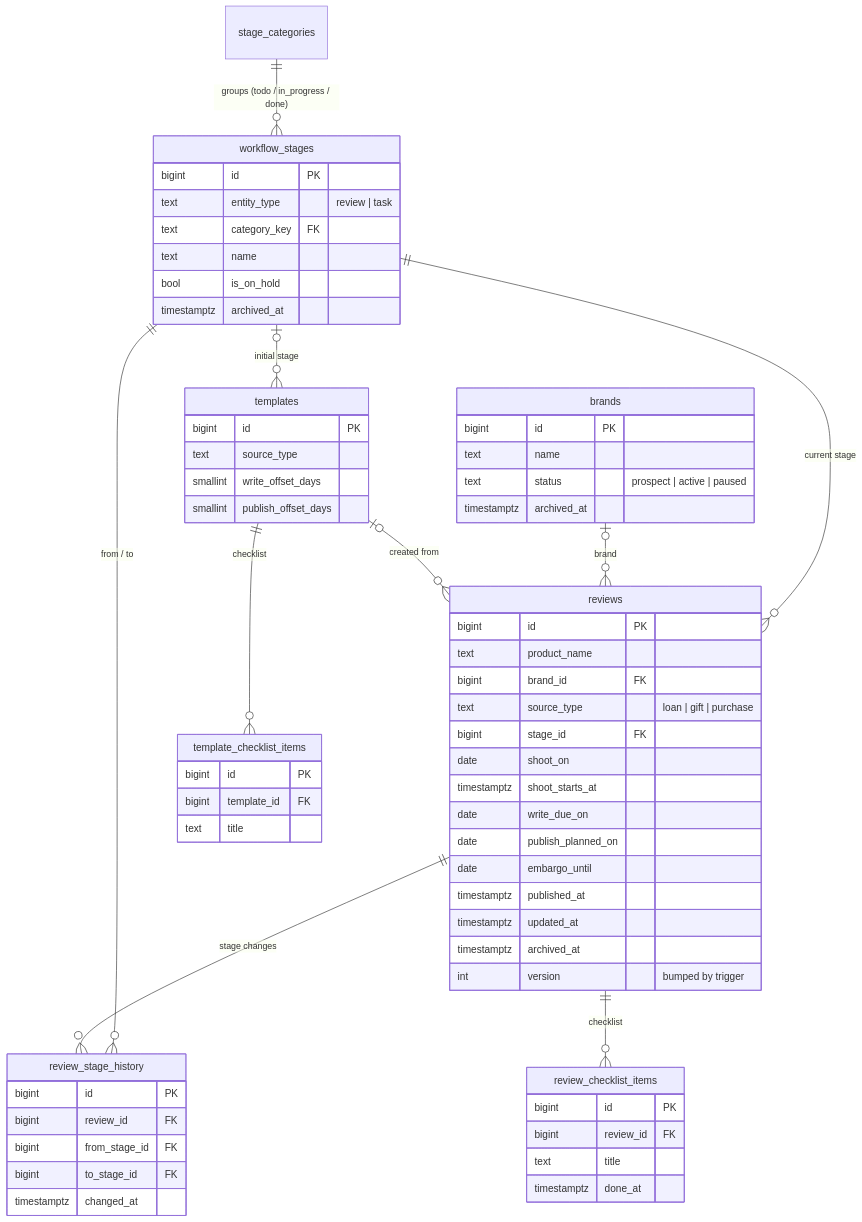
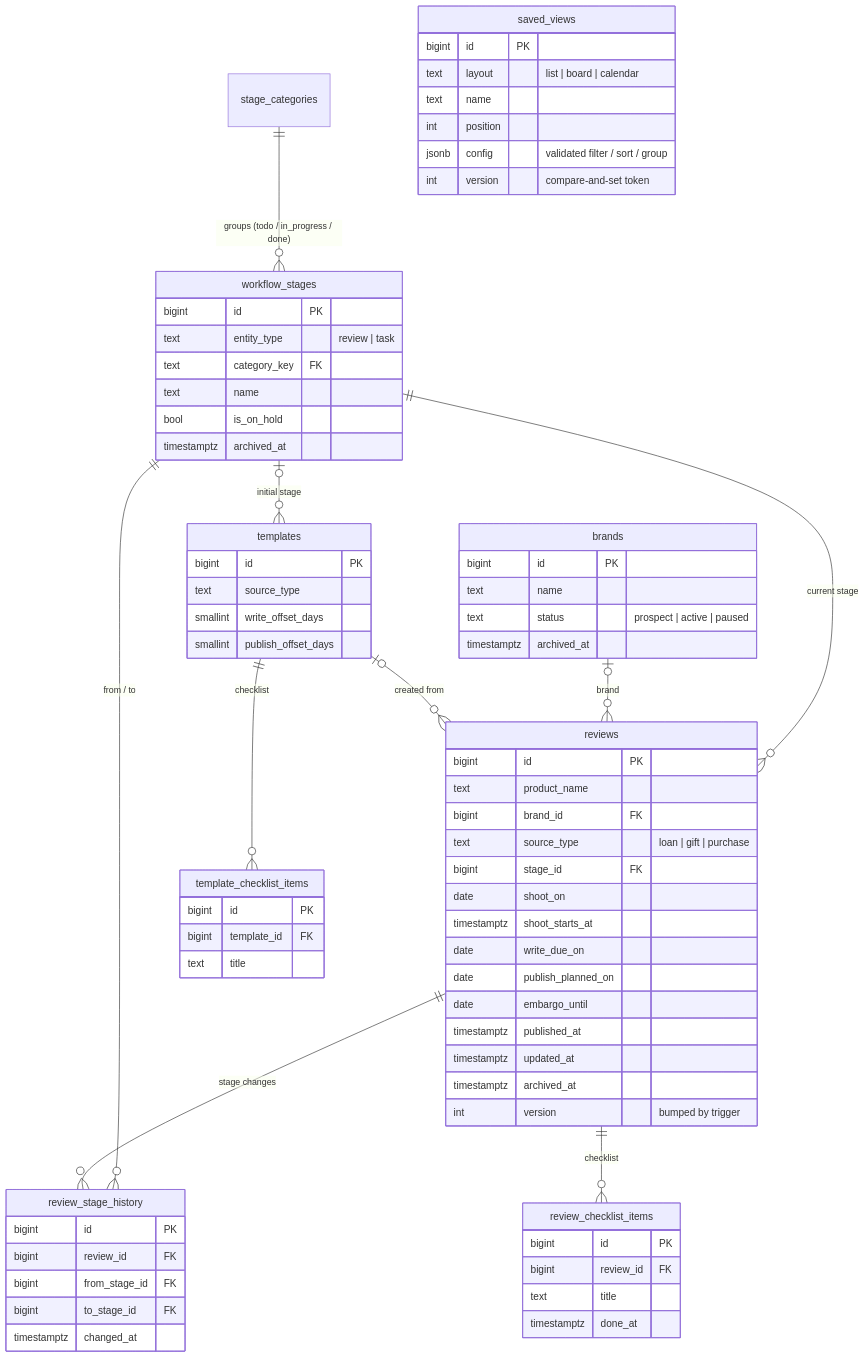
One commit to lubydubybubu/review-ops-dashboard changed the second of 2 diagrams in README.md. Above: the diagram before and after it, drawn with Mermaid. The commit also changed other lines of this file and 37 other files, not shown here.

Commit message:
feat: sync saved views with deployed snapshot

````diff
--- a/README.md
+++ b/README.md
@@ -89,67 +96,75 @@
 ```mermaid
 erDiagram
   stage_categories ||--o{ workflow_stages : "groups (todo / in_progress / done)"
   workflow_stages ||--o{ reviews : "current stage"
   workflow_stages ||--o{ review_stage_history : "from / to"
   workflow_stages |o--o{ templates : "initial stage"
   brands |o--o{ reviews : "brand"
   templates ||--o{ template_checklist_items : "checklist"
   templates |o--o{ reviews : "created from"
   reviews ||--o{ review_stage_history : "stage changes"
   reviews ||--o{ review_checklist_items : "checklist"
 
   workflow_stages {
     bigint id PK
     text entity_type "review | task"
     text category_key FK
     text name
     bool is_on_hold
     timestamptz archived_at
   }
   brands {
     bigint id PK
     text name
     text status "prospect | active | paused"
     timestamptz archived_at
   }
   reviews {
     bigint id PK
     text product_name
     bigint brand_id FK
     text source_type "loan | gift | purchase"
     bigint stage_id FK
     date shoot_on
     timestamptz shoot_starts_at
     date write_due_on
     date publish_planned_on
     date embargo_until
     timestamptz published_at
     timestamptz updated_at
     timestamptz archived_at
     int version "bumped by trigger"
   }
   review_stage_history {
     bigint id PK
     bigint review_id FK
     bigint from_stage_id FK
     bigint to_stage_id FK
     timestamptz changed_at
   }
   review_checklist_items {
     bigint id PK
     bigint review_id FK
     text title
     timestamptz done_at
   }
   templates {
     bigint id PK
     text source_type
     smallint write_offset_days
     smallint publish_offset_days
   }
   template_checklist_items {
     bigint id PK
     bigint template_id FK
     text title
   }
+  saved_views {
+    bigint id PK
+    text layout "list | board | calendar"
+    text name
+    int position
+    jsonb config "validated filter / sort / group"
+    int version "compare-and-set token"
+  }
 ```
````
